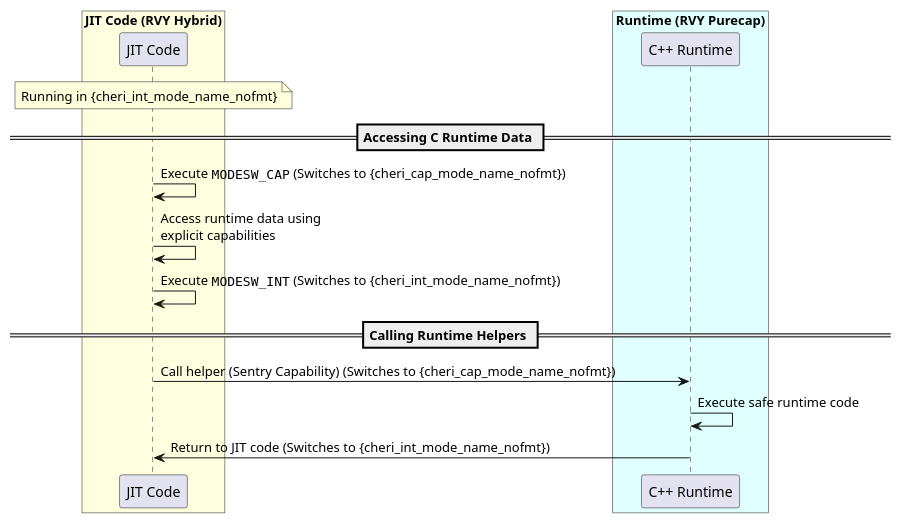
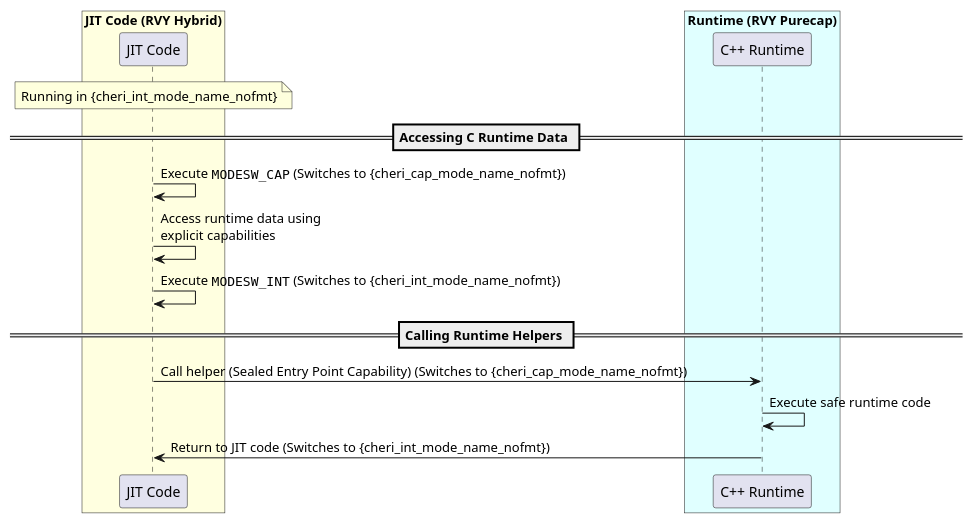
One commit to riscv/riscv-cheri changed the fourth of 4 diagrams in src/cheri/app-hybrid-usage.adoc. Above: the diagram before and after it, drawn with PlantUML. The commit also changed other lines of this file and 22 other files, not shown here.

```diff
--- a/src/cheri/app-hybrid-usage.adoc
+++ b/src/cheri/app-hybrid-usage.adoc
@@ -163,25 +163,25 @@
 [plantuml, target="hybrid-mode-transition", format="svg",subs=attributes+]
 ....
 @startuml
 box "JIT Code (RVY Hybrid)" #LightYellow
 participant "JIT Code" as J
 end box
 
 box "Runtime (RVY Purecap)" #LightCyan
 participant "C++ Runtime" as R
 end box
 
 note over J: Running in {cheri_int_mode_name_nofmt}
 
 == Accessing C Runtime Data ==
 J -> J: Execute ""MODESW_CAP"" (Switches to {cheri_cap_mode_name_nofmt})
 J -> J: Access runtime data using\nexplicit capabilities
 J -> J: Execute ""MODESW_INT"" (Switches to {cheri_int_mode_name_nofmt})
 
 == Calling Runtime Helpers ==
-J -> R: Call helper (Sentry Capability) (Switches to {cheri_cap_mode_name_nofmt})
+J -> R: Call helper (Sealed Entry Point Capability) (Switches to {cheri_cap_mode_name_nofmt})
 R -> R: Execute safe runtime code
 R -> J: Return to JIT code (Switches to {cheri_int_mode_name_nofmt})
 
 @enduml
 ....
```
